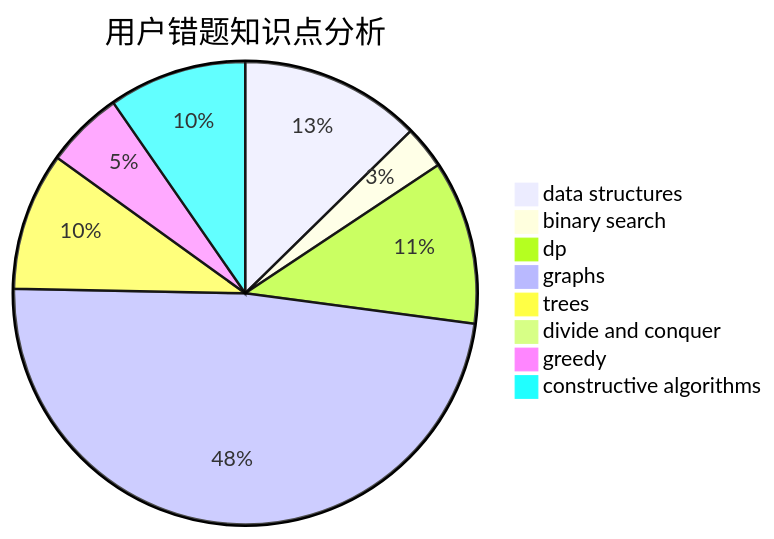
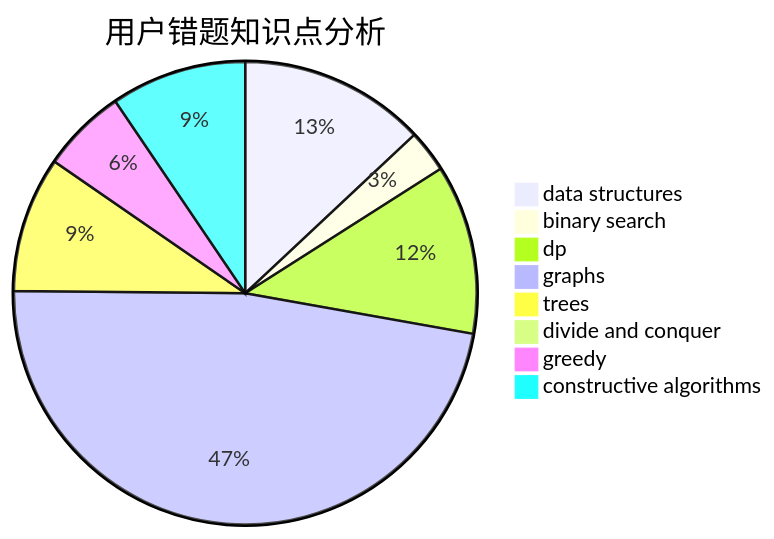
The third of 3 diagrams in docs/user/u2127.md (sherpahu/cfrs.github.io), drawn with Mermaid before and after one commit. The commit also changed other lines of this file and 2770 other files, not shown here.

````diff
--- a/docs/user/u2127.md
+++ b/docs/user/u2127.md
@@ -36,11 +36,11 @@
 ```mermaid
 pie title 用户错题知识点分析
-    "data structures" :  21
+    "data structures" :  22
     "binary search" :  5
-    "dp" :  19
+    "dp" :  20
     "graphs" :  80
     "trees" :  16
     "divide and conquer" :  0
-    "greedy" :  9
+    "greedy" :  10
     "constructive algorithms" :  16
 ```
````
